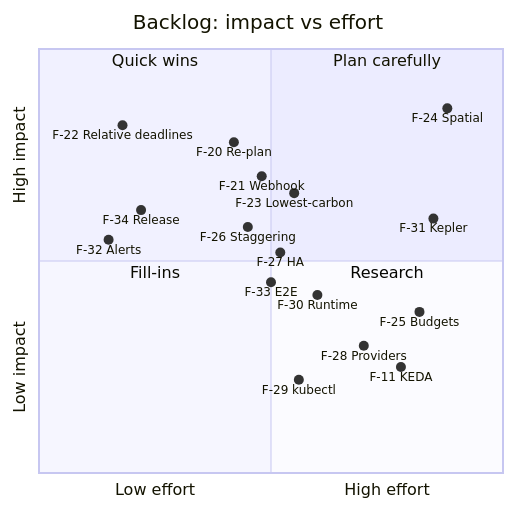
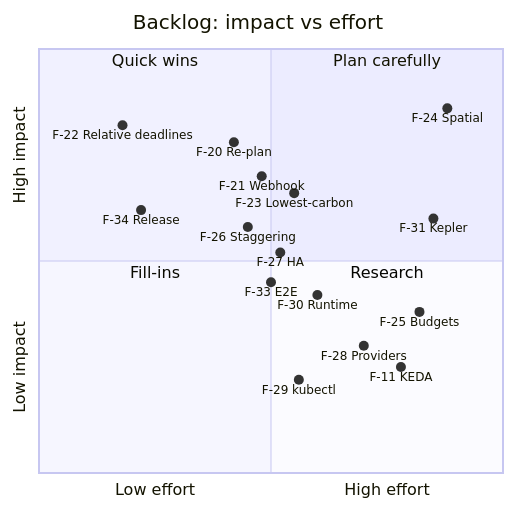
One commit to mahmudul-islam32/carbon-aware-k8s-scheduler changed the second of 3 diagrams in docs/FEATURES.md. Above: the diagram before and after it, drawn with Mermaid. The commit also changed other lines of this file and 17 other files, not shown here.

First line of the commit message:
feat(chart): PrometheusRule alert pack with runbooks (F-32)

````diff
--- a/docs/FEATURES.md
+++ b/docs/FEATURES.md
@@ -447,26 +479,25 @@
 ```mermaid
 quadrantChart
     title Backlog: impact vs effort
     x-axis Low effort --> High effort
     y-axis Low impact --> High impact
     quadrant-1 Plan carefully
     quadrant-2 Quick wins
     quadrant-3 Fill-ins
     quadrant-4 Research
     F-22 Relative deadlines: [0.18, 0.82]
     F-20 Re-plan: [0.42, 0.78]
-    F-32 Alerts: [0.15, 0.55]
     F-34 Release: [0.22, 0.62]
     F-21 Webhook: [0.48, 0.70]
     F-26 Staggering: [0.45, 0.58]
     F-27 HA: [0.52, 0.52]
     F-33 E2E: [0.50, 0.45]
     F-23 Lowest-carbon: [0.55, 0.66]
     F-24 Spatial: [0.88, 0.86]
     F-25 Budgets: [0.82, 0.38]
     F-28 Providers: [0.70, 0.30]
     F-29 kubectl: [0.56, 0.22]
     F-30 Runtime: [0.60, 0.42]
     F-31 Kepler: [0.85, 0.60]
     F-11 KEDA: [0.78, 0.25]
 ```
````
